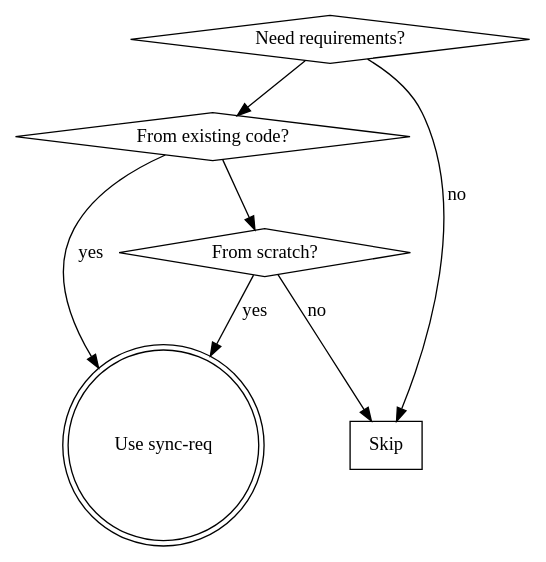
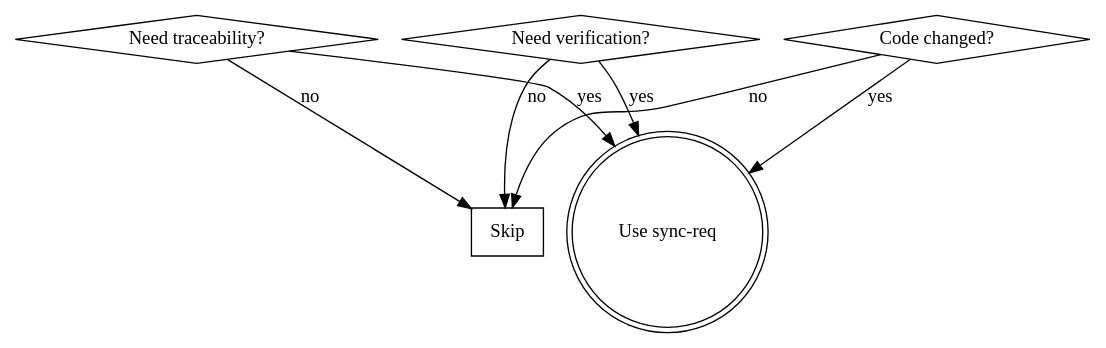
The diagram in skills/sync-req/SKILL.md (melodypapa/uncertainty), drawn with Graphviz before and after one commit. The commit also changed other lines of this file and 7 other files, not shown here.

First line of the commit message:
feat(sync-req): redesign skill as living requirements with bidirectional traceability

````diff
--- a/skills/sync-req/SKILL.md
+++ b/skills/sync-req/SKILL.md
@@ -19,16 +21,16 @@
 ```dot
 digraph when_flowchart {
-    "Need requirements?" [shape=diamond];
-    "From existing code?" [shape=diamond];
-    "From scratch?" [shape=diamond];
+    "Need traceability?" [shape=diamond];
+    "Code changed?" [shape=diamond];
+    "Need verification?" [shape=diamond];
     "Use sync-req" [shape=doublecircle];
     "Skip" [shape=box];
 
-    "Need requirements?" -> "From existing code?";
-    "From existing code?" -> "Use sync-req" [label="yes"];
-    "From existing code?" -> "From scratch?";
-    "From scratch?" -> "Use sync-req" [label="yes"];
-    "From scratch?" -> "Skip" [label="no"];
-    "Need requirements?" -> "Skip" [label="no"];
+    "Need traceability?" -> "Use sync-req" [label="yes"];
+    "Need traceability?" -> "Skip" [label="no"];
+    "Code changed?" -> "Use sync-req" [label="yes"];
+    "Code changed?" -> "Skip" [label="no"];
+    "Need verification?" -> "Use sync-req" [label="yes"];
+    "Need verification?" -> "Skip" [label="no"];
 }
 ```
````
